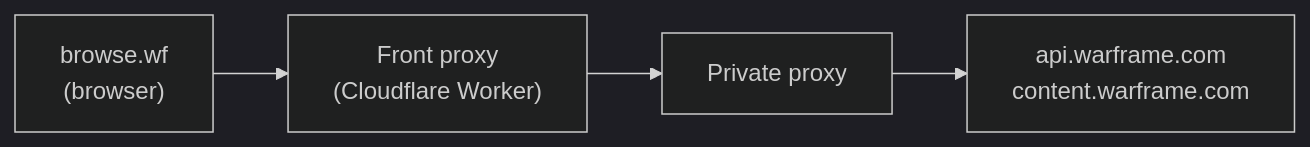
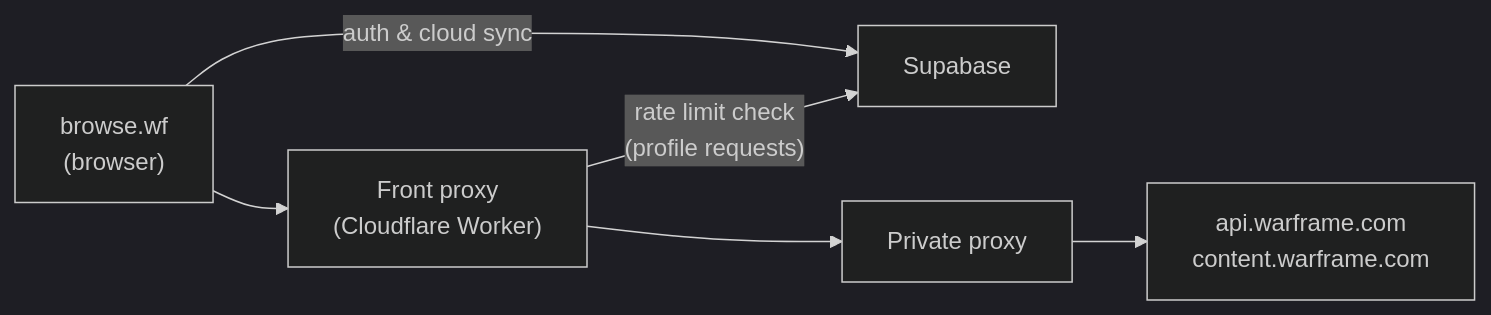
One commit to dsinn/browse.wf changed the diagram in README.md. Above: the diagram before and after it, drawn with Mermaid (dark theme). The commit also changed other lines of this file and 11 other files, not shown here.

First line of the commit message:
Add profile rate limiting

````diff
--- a/README.md
+++ b/README.md
@@ -124,6 +124,8 @@
 ```mermaid
 flowchart LR
-    A["browse.wf\n(browser)"] --> B["Front proxy\n(Cloudflare Worker)"]
+    A["browse.wf<br/>(browser)"] --> B["Front proxy<br/>(Cloudflare Worker)"]
+    A -->|"auth &amp; cloud sync"| E["Supabase"]
+    B -->|"rate limit check<br/>(profile requests)"| E
     B --> C["Private proxy"]
-    C --> D["api.warframe.com\ncontent.warframe.com"]
+    C --> D["api.warframe.com<br/>content.warframe.com"]
 ```
````
